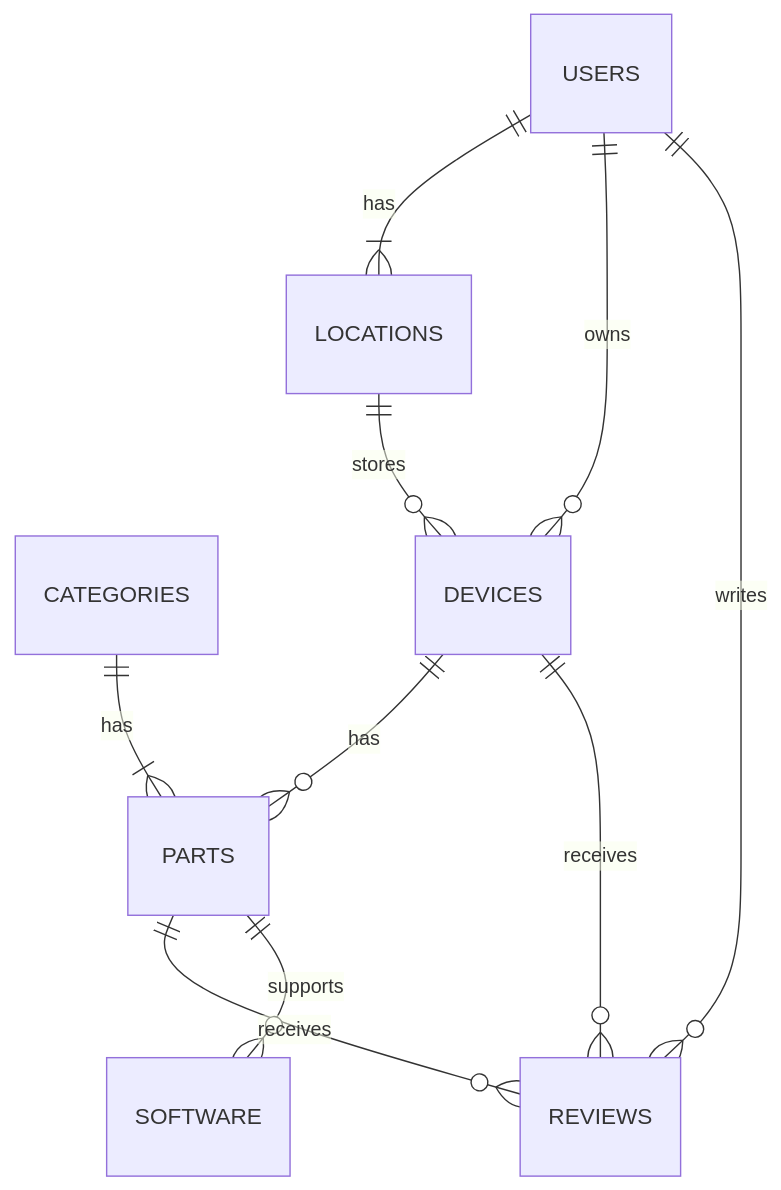
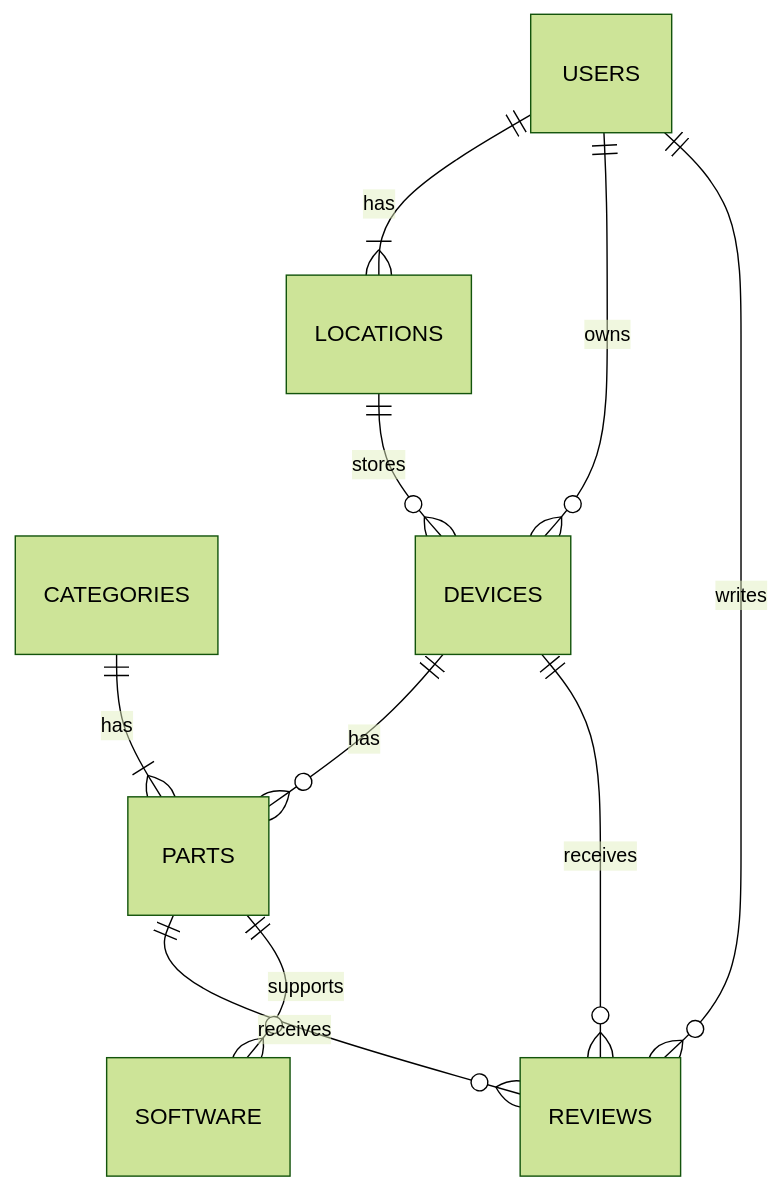
Before and after one commit to bsmylie873/TransistorTracker: the diagram in README.md, drawn with Mermaid. The commit also changed 3 other files, not shown here.

Commit message:
Initial database erd added and adr init.

```````diff
--- a/README.md
+++ b/README.md
@@ -25,13 +25,13 @@
 ```mermaid
-%%{init: {'theme':'default'}}%%
+%%{init: {'theme':'forest'}}%%
 erDiagram
     CATEGORIES ||--|{ PARTS : has
     DEVICES ||--o{ PARTS : has
     DEVICES ||--o{ REVIEWS : receives
     LOCATIONS ||--o{ DEVICES : stores
     PARTS ||--o{ REVIEWS : receives
     PARTS ||--o{ SOFTWARE : supports
     USERS ||--|{ LOCATIONS : has
     USERS ||--o{ DEVICES : owns
     USERS ||--o{ REVIEWS : writes
 ``````
```````
